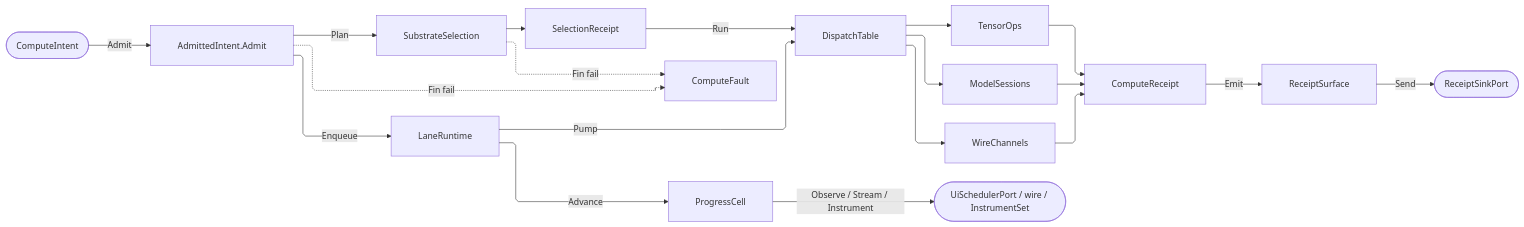
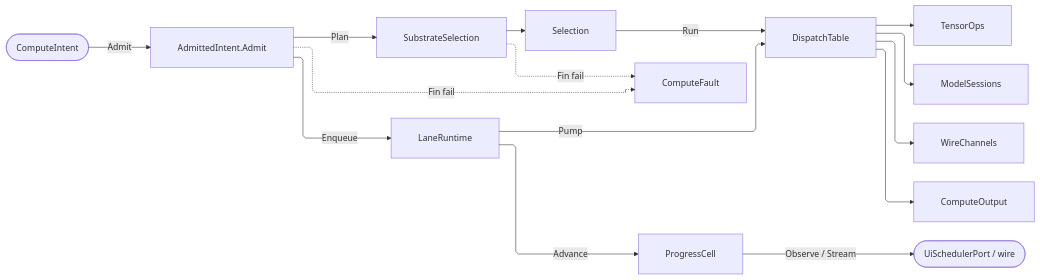
Before and after one commit to bsamiee/Rasm: the fourth of 4 diagrams in libs/dotnet/Rasm.Compute/ARCHITECTURE.md, drawn with Mermaid. The commit also changed other lines of this file and 1417 other files, not shown here.

````diff
--- a/libs/dotnet/Rasm.Compute/ARCHITECTURE.md
+++ b/libs/dotnet/Rasm.Compute/ARCHITECTURE.md
@@ -270,30 +262,26 @@
 ```mermaid
 ---
 config:
   layout: elk
   flowchart:
     curve: linear
     padding: 25
 ---
 flowchart LR
     accTitle: Rasm.Compute measured execution spine
-    accDescr: How an admitted intent flows from boundary admission through dispatch to its receipt, with progress marks delivered on cadence.
+    accDescr: How an admitted intent flows from boundary admission through dispatch to its result, with progress marks delivered on cadence.
     ComputeIntent(["ComputeIntent"]) e1@-->|Admit| AdmittedIntent["AdmittedIntent.Admit"]
     AdmittedIntent f1@-.->|Fin fail| ComputeFault["ComputeFault"]
     AdmittedIntent e2@-->|Plan| SubstrateSelection["SubstrateSelection"]
-    SubstrateSelection e3@--> SelectionReceipt["SelectionReceipt"]
+    SubstrateSelection e3@--> Selection["Selection"]
     SubstrateSelection f2@-.->|Fin fail| ComputeFault
     AdmittedIntent e4@-->|Enqueue| LaneRuntime["LaneRuntime"]
     LaneRuntime e5@-->|Pump| DispatchTable["DispatchTable"]
-    SelectionReceipt e6@-->|Run| DispatchTable
+    Selection e6@-->|Run| DispatchTable
     DispatchTable e7@--> TensorOps["TensorOps"]
     DispatchTable e8@--> ModelSessions["ModelSessions"]
     DispatchTable e9@--> WireChannels["WireChannels"]
-    TensorOps e10@--> ComputeReceipt["ComputeReceipt"]
-    ModelSessions e11@--> ComputeReceipt
-    WireChannels e12@--> ComputeReceipt
-    ComputeReceipt e13@-->|Emit| ReceiptSurface["ReceiptSurface"]
-    ReceiptSurface e14@-->|Send| ReceiptSinkPort(["ReceiptSinkPort"])
+    DispatchTable e10@--> ComputeOutput["ComputeOutput"]
     LaneRuntime e15@-->|Advance| ProgressCell["ProgressCell"]
-    ProgressCell e16@-->|Observe / Stream / Instrument| Observers(["UiSchedulerPort / wire / InstrumentSet"])
+    ProgressCell e16@-->|Observe / Stream| Observers(["UiSchedulerPort / wire"])
 ```
````
